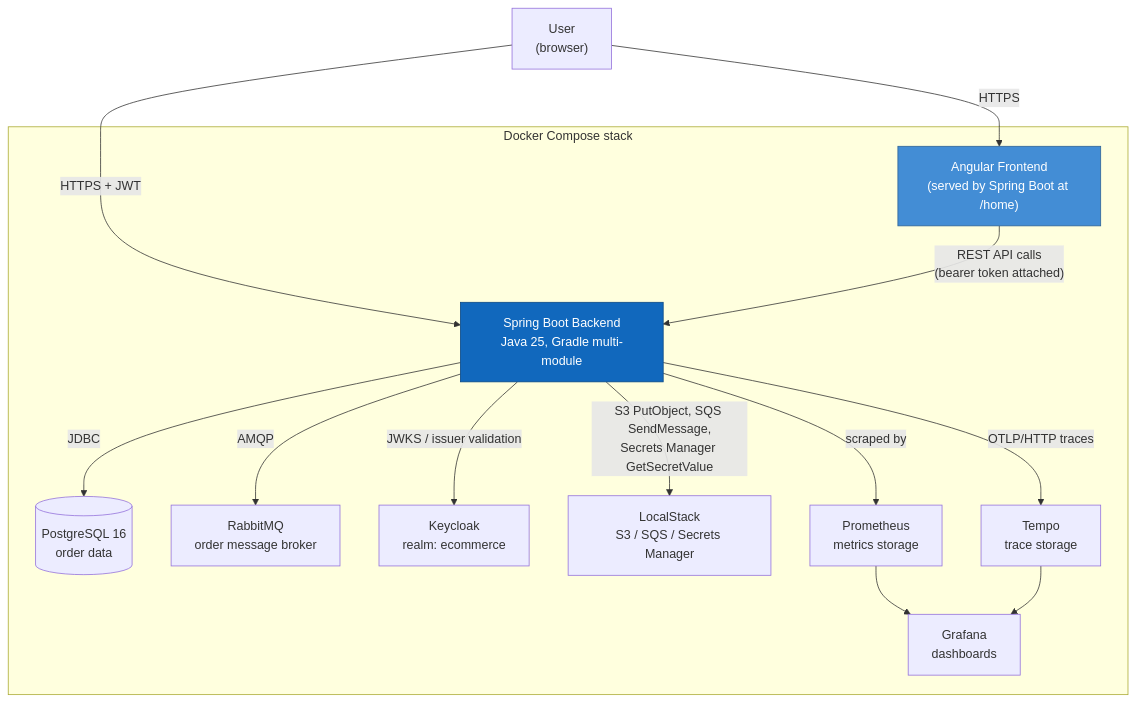
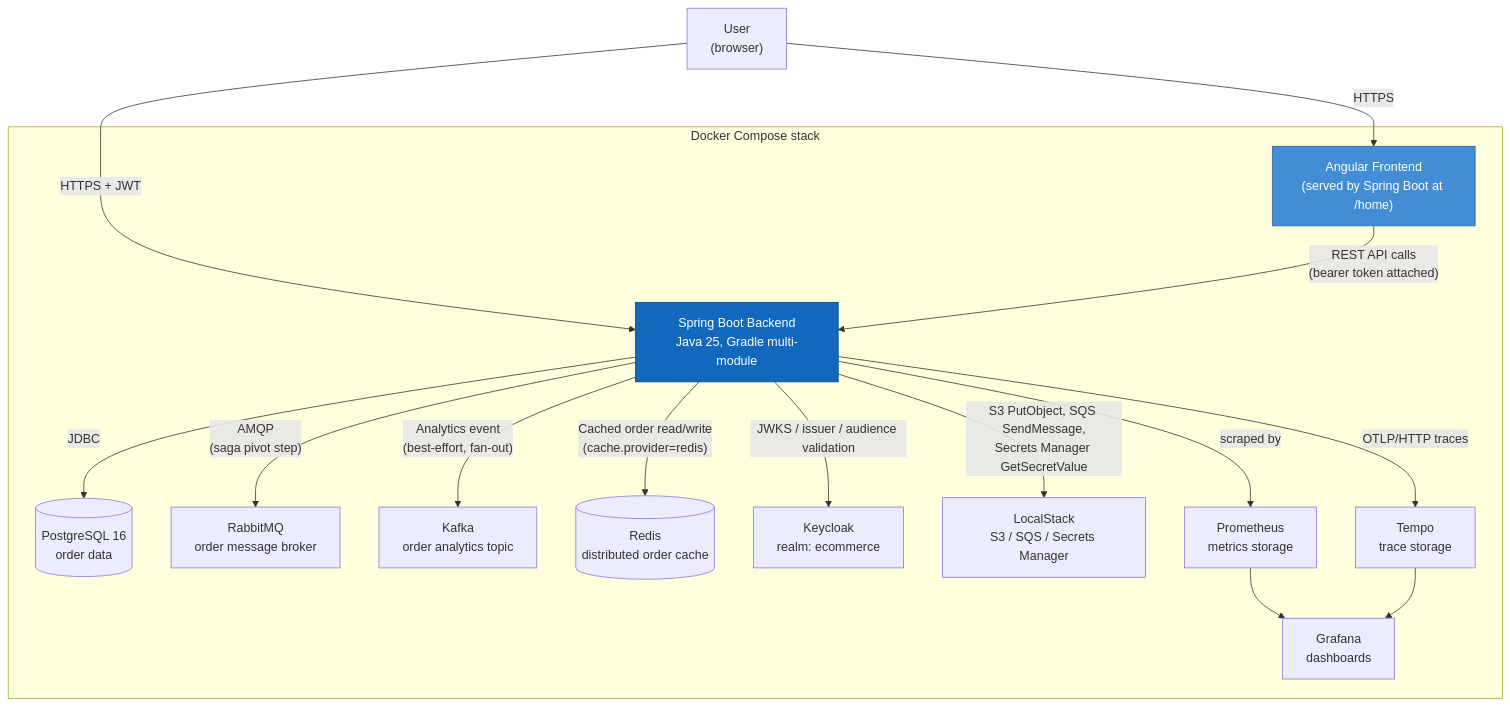
One commit to chrobakpiotr/showcase-application changed the second of 4 diagrams in docs/architecture/README.md. Above: the diagram before and after it, drawn with Mermaid. The commit also changed other lines of this file, not shown here.

First line of the commit message:
docs(architecture): diagrams updated for saga, Redis, and cross-cutting concerns

````diff
--- a/docs/architecture/README.md
+++ b/docs/architecture/README.md
@@ -45,31 +45,35 @@
 ```mermaid
 graph TB
     user["User<br/>(browser)"]
 
     subgraph docker["Docker Compose stack"]
         frontend["Angular Frontend<br/>(served by Spring Boot at /home)"]
         backend["Spring Boot Backend<br/>Java 25, Gradle multi-module"]
         postgres[("PostgreSQL 16<br/>order data")]
         rabbitmq["RabbitMQ<br/>order message broker"]
+        kafka["Kafka<br/>order analytics topic"]
+        redis[("Redis<br/>distributed order cache")]
         keycloak["Keycloak<br/>realm: ecommerce"]
         localstack["LocalStack<br/>S3 / SQS / Secrets Manager"]
         prometheus["Prometheus<br/>metrics storage"]
         tempo["Tempo<br/>trace storage"]
         grafana["Grafana<br/>dashboards"]
     end
 
     user -->|HTTPS| frontend
     user -->|"HTTPS + JWT"| backend
     frontend -->|"REST API calls<br/>(bearer token attached)"| backend
     backend -->|JDBC| postgres
-    backend -->|AMQP| rabbitmq
-    backend -->|"JWKS / issuer validation"| keycloak
+    backend -->|"AMQP<br/>(saga pivot step)"| rabbitmq
+    backend -->|"Analytics event<br/>(best-effort, fan-out)"| kafka
+    backend -->|"Cached order read/write<br/>(cache.provider=redis)"| redis
+    backend -->|"JWKS / issuer / audience validation"| keycloak
     backend -->|"S3 PutObject, SQS SendMessage,<br/>Secrets Manager GetSecretValue"| localstack
     backend -->|"scraped by"| prometheus
     backend -->|"OTLP/HTTP traces"| tempo
     prometheus --> grafana
     tempo --> grafana
 
     style backend fill:#1168bd,stroke:#0b4884,color:#fff
     style frontend fill:#438dd5,stroke:#2e6295,color:#fff
 ```
````
